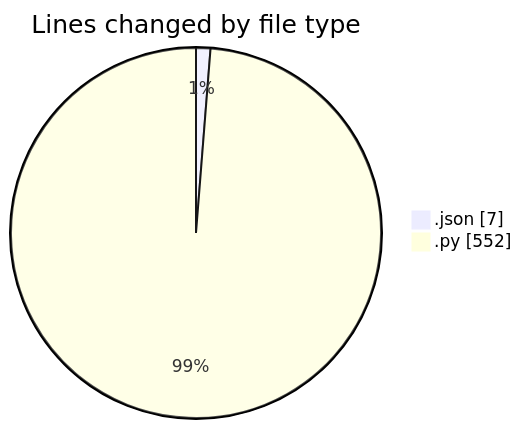
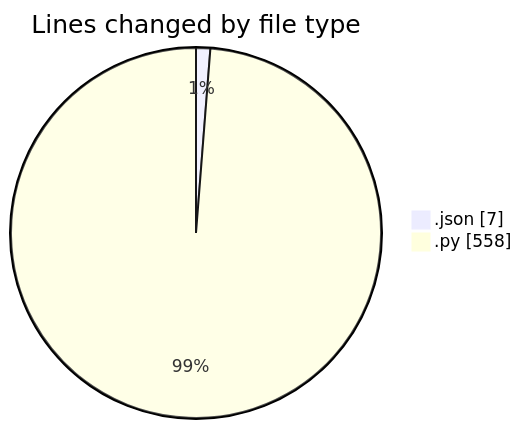
One commit to MatusMokan/code-tracking changed the first of 2 diagrams in 2025-02-18/myws__workspace_/README.md. Above: the diagram before and after it, drawn with Mermaid. The commit also changed other lines of this file and 1 other file, not shown here.

````diff
--- a/2025-02-18/myws__workspace_/README.md
+++ b/2025-02-18/myws__workspace_/README.md
@@ -24,6 +24,6 @@
 ```mermaid
 pie showData
 title Lines changed by file type
 ".json" : 7
-".py" : 552
+".py" : 558
 ```
````
